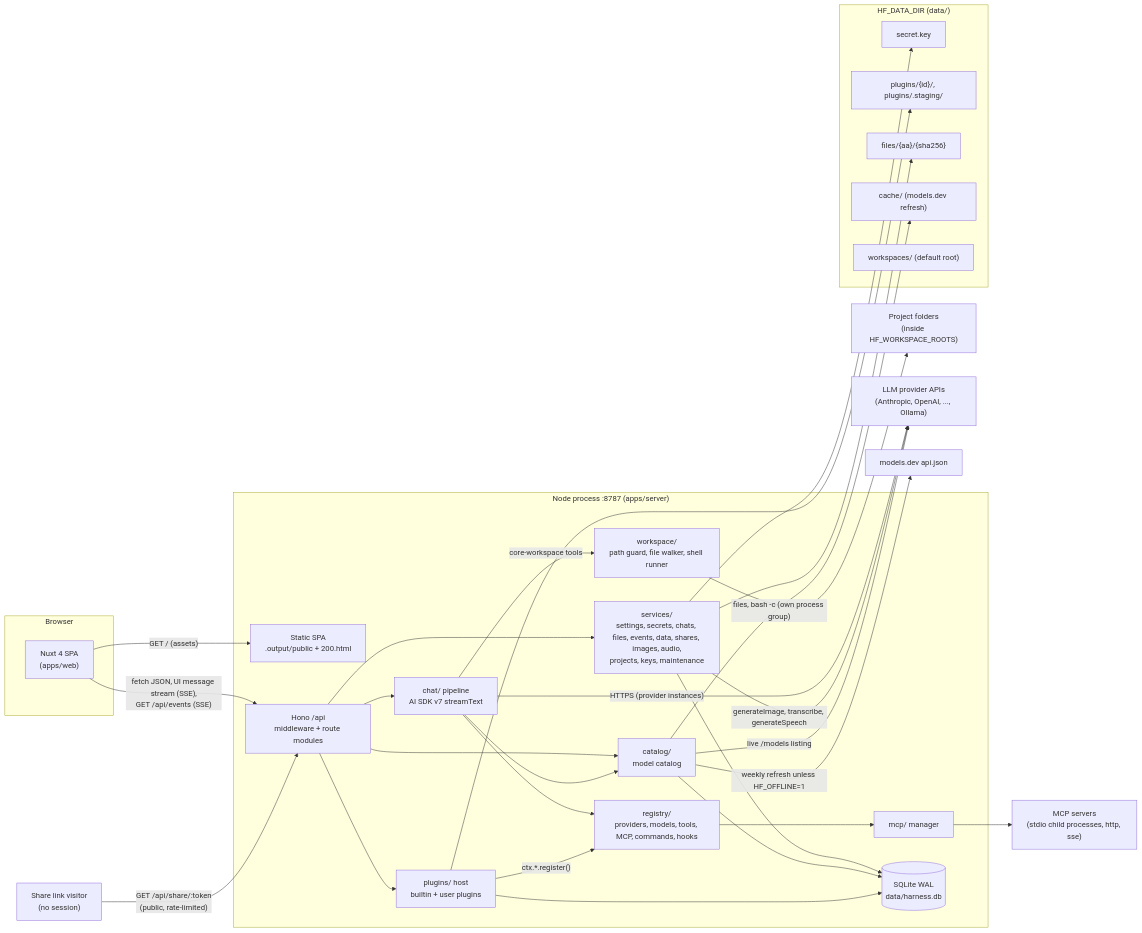
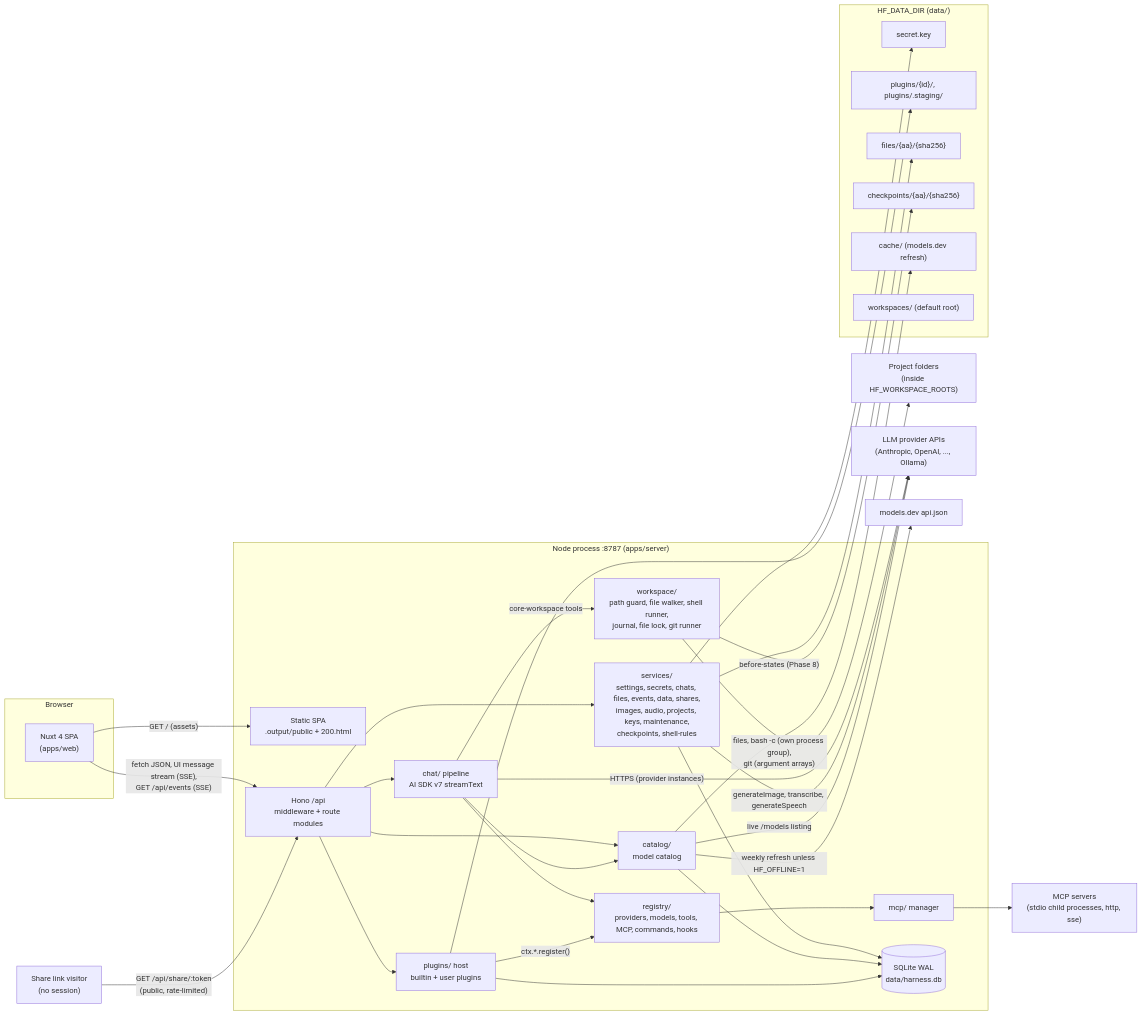
Before and after one commit to maksqi/harness-forge: the first of 16 diagrams in docs/ARCHITECTURE.md, drawn with Mermaid. The commit also changed other lines of this file and 54 other files, not shown here.

````diff
--- a/docs/ARCHITECTURE.md
+++ b/docs/ARCHITECTURE.md
@@ -13,55 +13,57 @@
 ```mermaid
 flowchart LR
   subgraph Browser
     SPA["Nuxt 4 SPA<br/>(apps/web)"]
   end
   subgraph Server["Node process :8787 (apps/server)"]
     Static["Static SPA<br/>.output/public + 200.html"]
     API["Hono /api<br/>middleware + route modules"]
     Chat["chat/ pipeline<br/>AI SDK v7 streamText"]
     Host["plugins/ host<br/>builtin + user plugins"]
     Reg["registry/<br/>providers, models, tools, MCP, commands, hooks"]
     Cat["catalog/<br/>model catalog"]
     MCPM["mcp/ manager"]
-    Svc["services/<br/>settings, secrets, chats, files, events, data, shares, images, audio,<br/>projects, keys, maintenance"]
-    WS["workspace/<br/>path guard, file walker, shell runner"]
+    Svc["services/<br/>settings, secrets, chats, files, events, data, shares,<br/>images, audio, projects, keys, maintenance,<br/>checkpoints, shell-rules"]
+    WS["workspace/<br/>path guard, file walker, shell runner,<br/>journal, file lock, git runner"]
     DB[("SQLite WAL<br/>data/harness.db")]
   end
   subgraph DataDir["HF_DATA_DIR (data/)"]
     Key["secret.key"]
     PDir["plugins/{id}/, plugins/.staging/"]
     Files["files/{aa}/{sha256}"]
+    Ckpt["checkpoints/{aa}/{sha256}"]
     Cache["cache/ (models.dev refresh)"]
     WRoot["workspaces/ (default root)"]
   end
   Proj["Project folders<br/>(inside HF_WORKSPACE_ROOTS)"]
   LLM["LLM provider APIs<br/>(Anthropic, OpenAI, ..., Ollama)"]
   MCPS["MCP servers<br/>(stdio child processes, http, sse)"]
   MD["models.dev api.json"]
 
   SPA -- "fetch JSON, UI message stream (SSE),<br/>GET /api/events (SSE)" --> API
   Visitor["Share link visitor<br/>(no session)"] -- "GET /api/share/:token<br/>(public, rate-limited)" --> API
   SPA -- "GET / (assets)" --> Static
   API --> Chat
   API --> Svc
   API --> Host
   API --> Cat
   Chat --> Reg
   Chat --> Cat
   Host -- "ctx.*.register()" --> Reg
   Reg --> MCPM
   Chat -- "HTTPS (provider instances)" --> LLM
   Svc -- "generateImage, transcribe, generateSpeech" --> LLM
   Cat -- "live /models listing" --> LLM
   Cat -- "weekly refresh unless HF_OFFLINE=1" --> MD
   MCPM --> MCPS
   Chat -- "core-workspace tools" --> WS
-  WS -- "files, bash -c (own process group)" --> Proj
+  WS -- "files, bash -c (own process group),<br/>git (argument arrays)" --> Proj
+  WS -- "before-states (Phase 8)" --> Ckpt
   Svc --> DB
   Cat --> DB
   Host --> DB
   Svc --> Key
   Svc --> Files
   Host --> PDir
   Cat --> Cache
 ```
````
